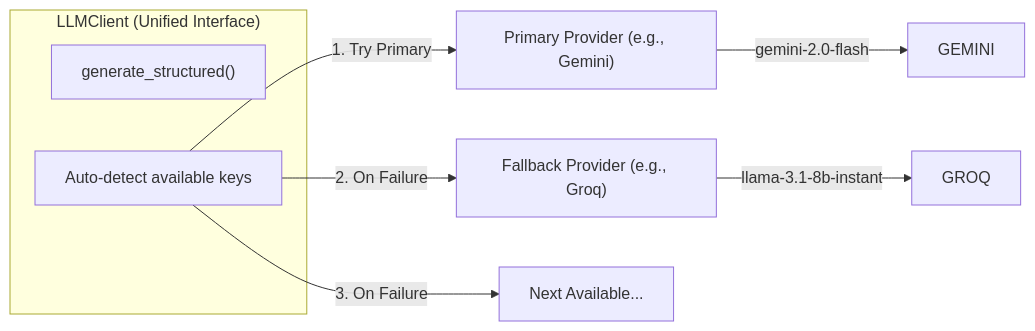
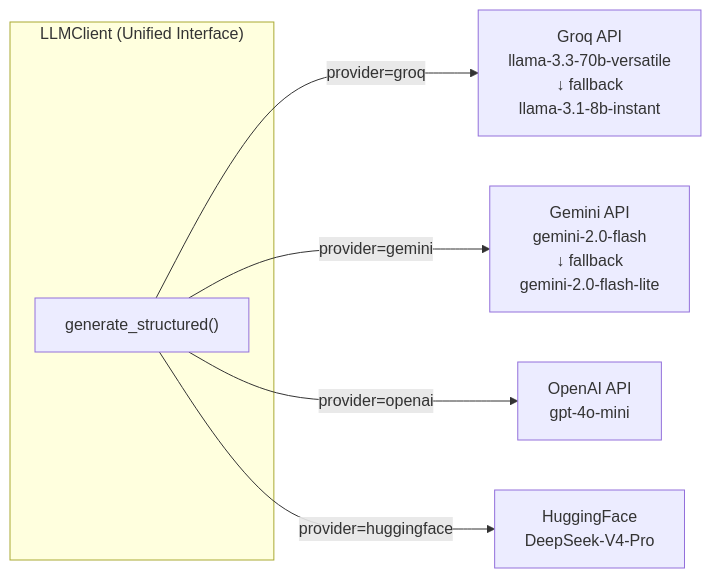
Before and after one commit to EhsaasBhalla/IIT-Mandi: the third of 6 diagrams in DESIGN_DOCUMENT.md, drawn with Mermaid. The commit also changed other lines of this file, not shown here.

Commit message:
docs: update architecture documentation to reflect Stage 4/5 chunking

````diff
--- a/DESIGN_DOCUMENT.md
+++ b/DESIGN_DOCUMENT.md
@@ -329,14 +326,11 @@
 ```mermaid
 graph LR
     subgraph LLMClient["LLMClient (Unified Interface)"]
         GS["generate_structured()"]
-        AC["Auto-detect available keys"]
     end
 
-    AC -->|1. Try Primary| P1["Primary Provider (e.g., Gemini)"]
-    AC -->|2. On Failure| P2["Fallback Provider (e.g., Groq)"]
-    AC -->|3. On Failure| P3["Next Available..."]
-
-    P1 -->|"gemini-2.0-flash"| GEMINI
-    P2 -->|"llama-3.1-8b-instant"| GROQ
+    GS -->|"provider=groq"| GROQ["Groq API<br/>llama-3.3-70b-versatile<br/>↓ fallback<br/>llama-3.1-8b-instant"]
+    GS -->|"provider=gemini"| GEMINI["Gemini API<br/>gemini-2.0-flash<br/>↓ fallback<br/>gemini-2.0-flash-lite"]
+    GS -->|"provider=openai"| OPENAI["OpenAI API<br/>gpt-4o-mini"]
+    GS -->|"provider=huggingface"| HF["HuggingFace<br/>DeepSeek-V4-Pro"]
 ```
````
